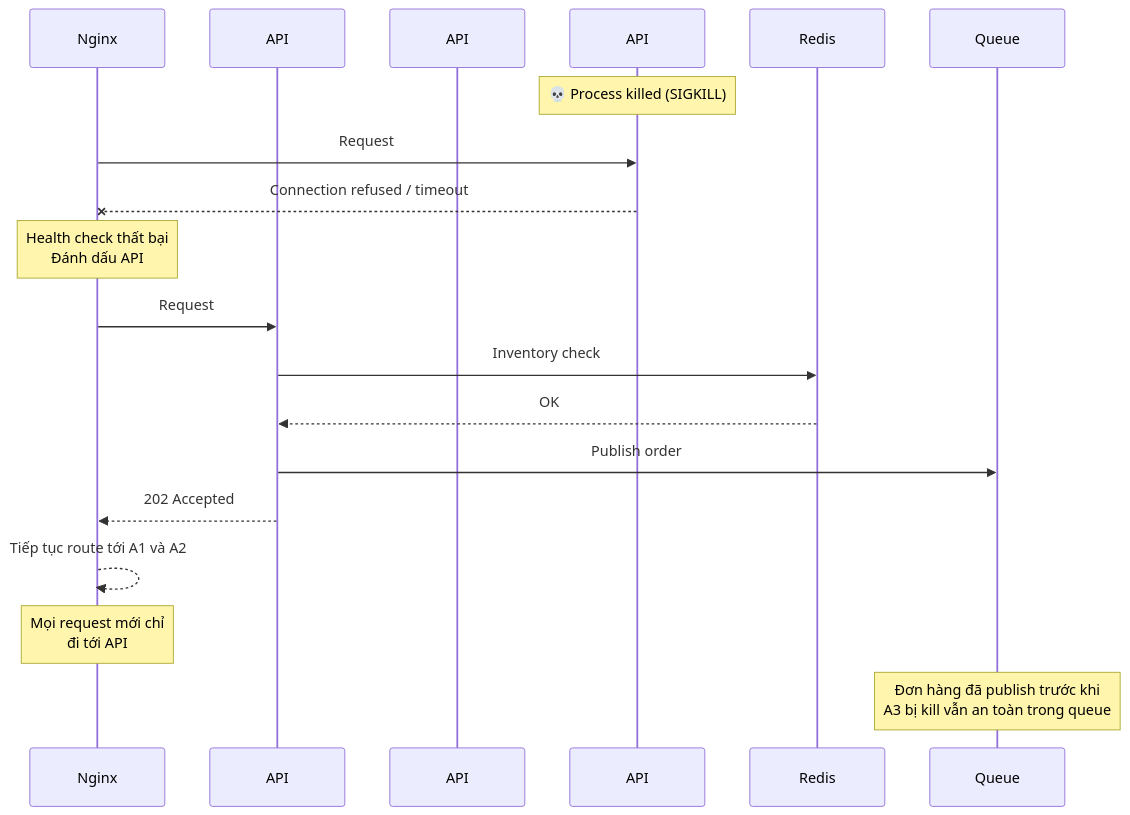
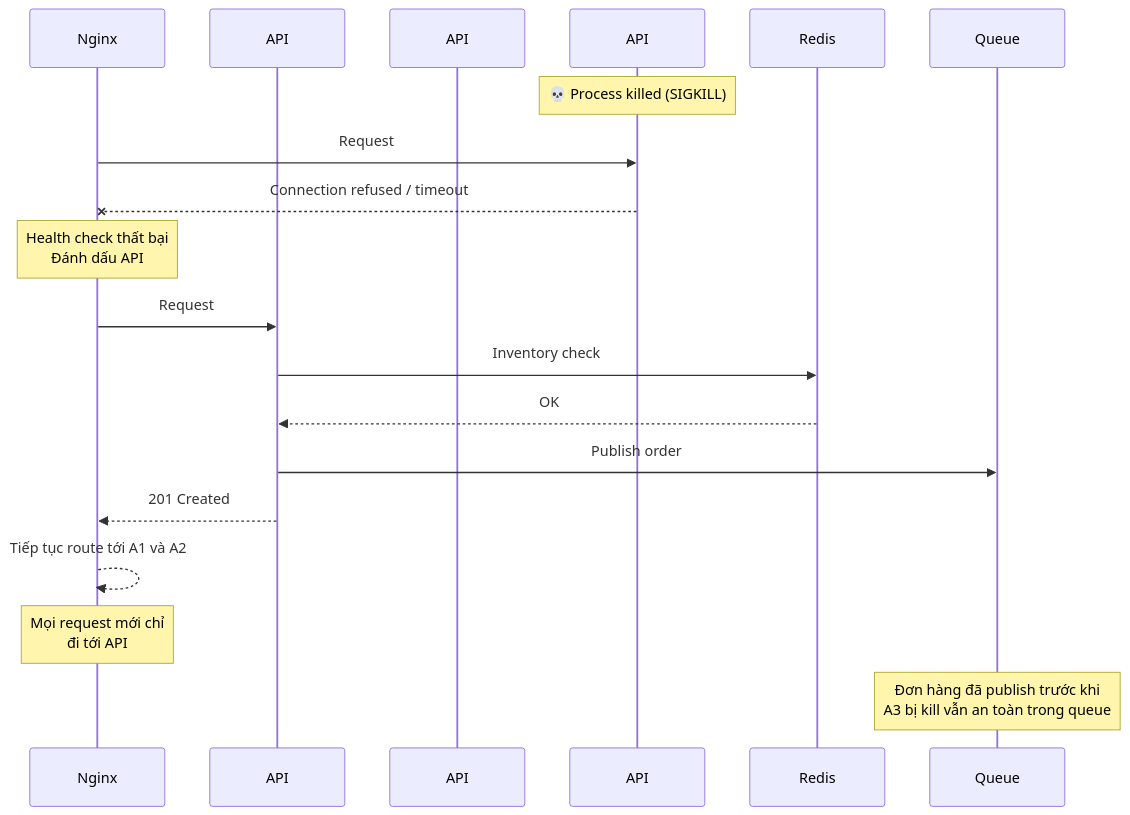
Before and after one commit to TriNgoc2077/ApexStock: the tenth of 17 diagrams in docs/design/01-system-architecture.md, drawn with Mermaid. The commit also changed other lines of this file and 26 other files, not shown here.

````diff
--- a/docs/design/01-system-architecture.md
+++ b/docs/design/01-system-architecture.md
@@ -804,27 +814,27 @@
 ```mermaid
 sequenceDiagram
     participant LB as Nginx
     participant A1 as API #1
     participant A2 as API #2
     participant A3 as API #3 (bị kill)
     participant R as Redis
     participant Q as Queue
 
     Note over A3: 💀 Process killed (SIGKILL)
 
     LB->>A3: Request #1001
     A3--xLB: Connection refused / timeout
 
     Note over LB: Health check thất bại<br/>Đánh dấu API #3 = "down"<br/>(max_fails=2, fail_timeout=10s)
 
     LB->>A1: Request #1001 (retry)
     A1->>R: Inventory check
     R-->>A1: OK
     A1->>Q: Publish order
-    A1-->>LB: 202 Accepted
+    A1-->>LB: 201 Created
     LB-->>LB: Tiếp tục route tới A1 và A2
 
     Note over LB: Mọi request mới chỉ<br/>đi tới API #1 và #2
 
     Note over Q: Đơn hàng đã publish trước khi<br/>A3 bị kill vẫn an toàn trong queue
 ```
````
